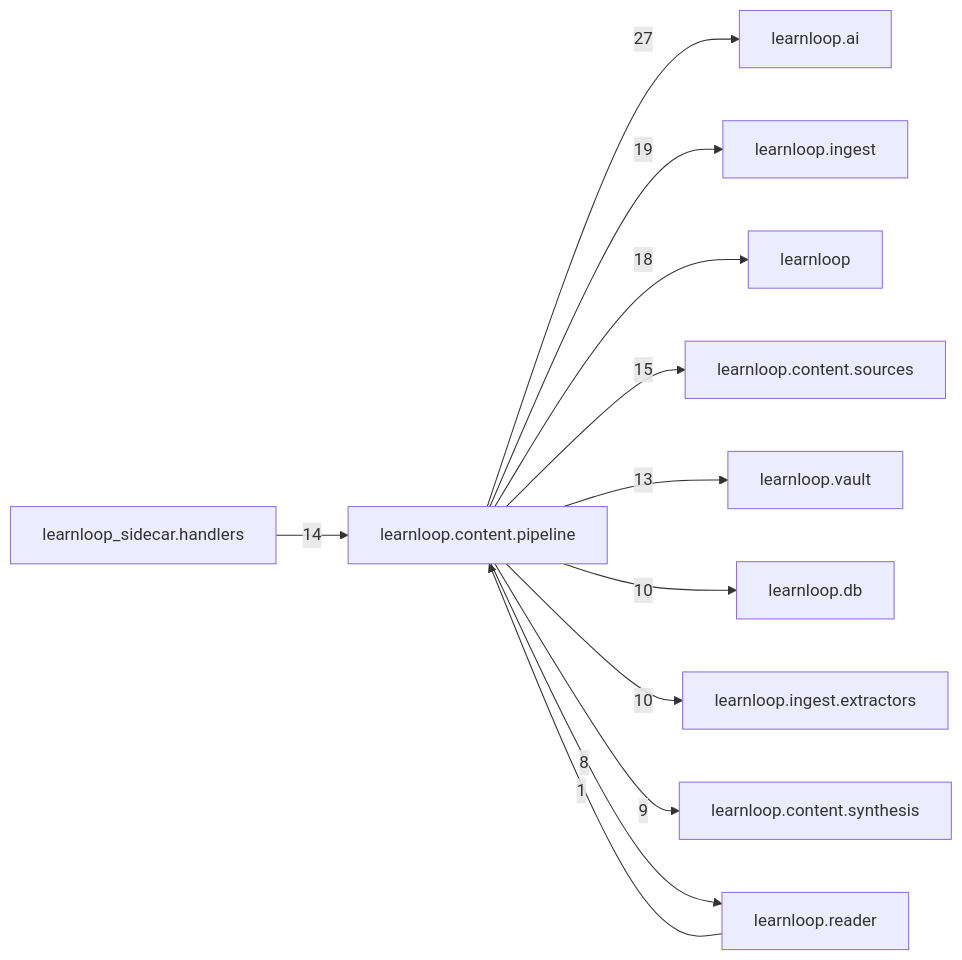
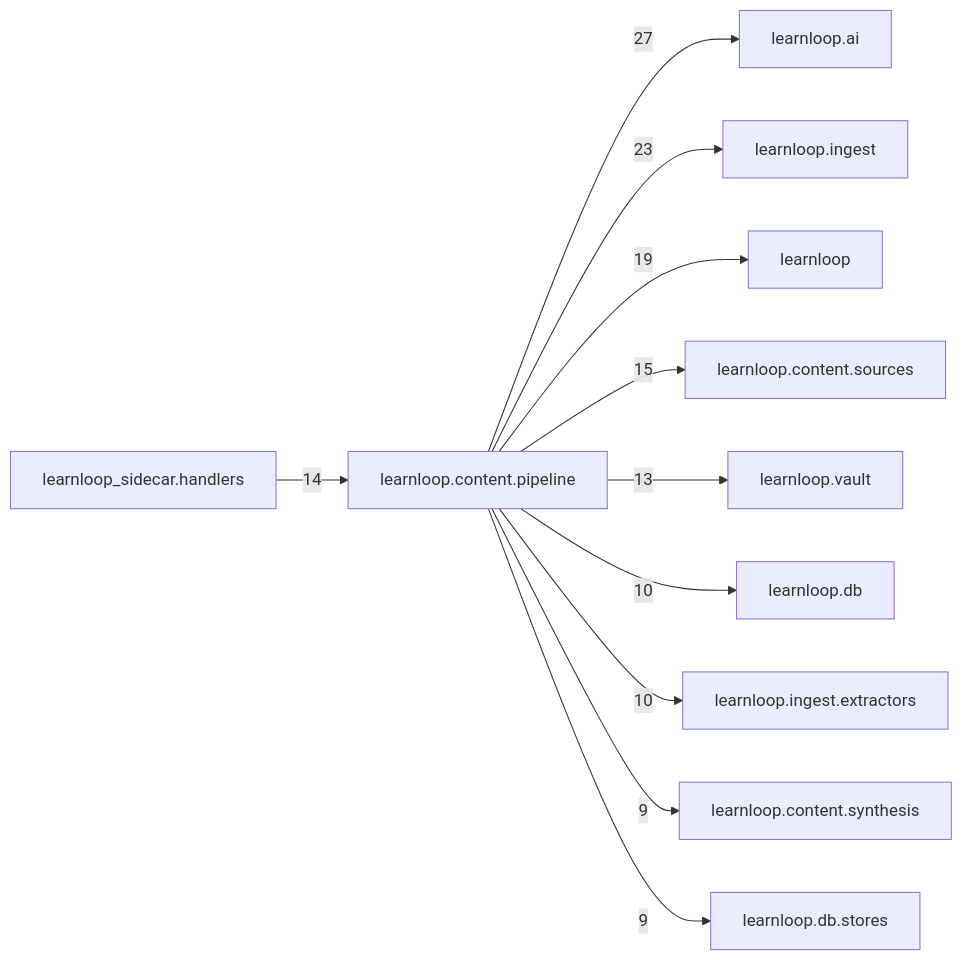
The diagram in docs/learnloop-architecture-vault/Reference/Modules/learnloop/content/pipeline/_package.md (6up-b/learnanything), drawn with Mermaid before and after one commit. The commit also changed other lines of this file and 67 other files, not shown here.

````diff
--- a/docs/learnloop-architecture-vault/Reference/Modules/learnloop/content/pipeline/_package.md
+++ b/docs/learnloop-architecture-vault/Reference/Modules/learnloop/content/pipeline/_package.md
@@ -112,25 +112,24 @@
 ```mermaid
 flowchart LR
     center["learnloop.content.pipeline"]
     n_learnloop_ai["learnloop.ai"]
     n_learnloop_ingest["learnloop.ingest"]
     n_learnloop["learnloop"]
     n_learnloop_content_sources["learnloop.content.sources"]
     n_learnloop_sidecar_handlers["learnloop_sidecar.handlers"]
     n_learnloop_vault["learnloop.vault"]
     n_learnloop_db["learnloop.db"]
     n_learnloop_ingest_extractors["learnloop.ingest.extractors"]
     n_learnloop_content_synthesis["learnloop.content.synthesis"]
-    n_learnloop_reader["learnloop.reader"]
+    n_learnloop_db_stores["learnloop.db.stores"]
     center -->|27| n_learnloop_ai
-    center -->|19| n_learnloop_ingest
-    center -->|18| n_learnloop
+    center -->|23| n_learnloop_ingest
+    center -->|19| n_learnloop
     center -->|15| n_learnloop_content_sources
     n_learnloop_sidecar_handlers -->|14| center
     center -->|13| n_learnloop_vault
     center -->|10| n_learnloop_db
     center -->|10| n_learnloop_ingest_extractors
     center -->|9| n_learnloop_content_synthesis
-    n_learnloop_reader -->|1| center
-    center -->|8| n_learnloop_reader
+    center -->|9| n_learnloop_db_stores
 ```
````
